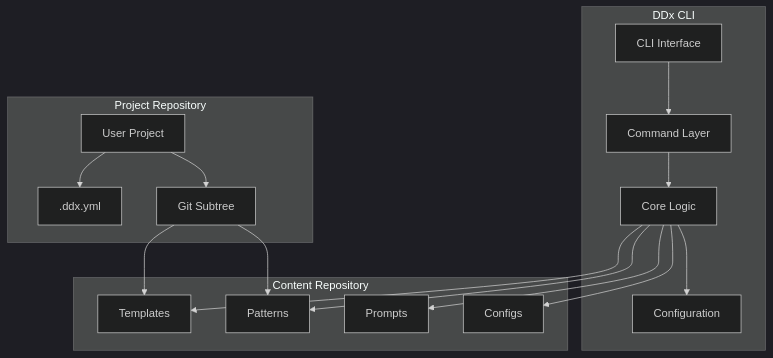
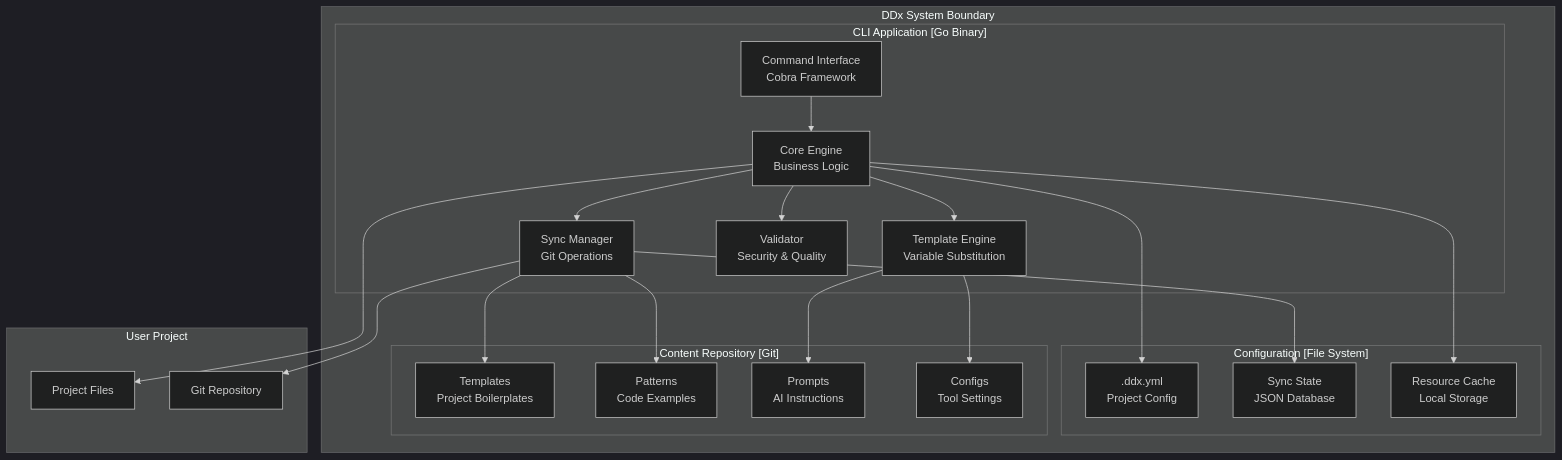
The second of 7 diagrams in docs/02-design/architecture.md (easel/ddx), drawn with Mermaid (dark theme) before and after one commit. The commit also changed other lines of this file and 6 other files, not shown here.

````diff
--- a/docs/02-design/architecture.md
+++ b/docs/02-design/architecture.md
@@ -17,36 +52,47 @@
 ```mermaid
 graph TB
-    subgraph "DDx CLI"
-        CLI[CLI Interface]
-        CMD[Command Layer]
-        CORE[Core Logic]
-        CONFIG[Configuration]
+    subgraph "DDx System Boundary"
+        subgraph "CLI Application [Go Binary]"
+            CLI[Command Interface<br/>Cobra Framework]
+            CORE[Core Engine<br/>Business Logic]
+            SYNC[Sync Manager<br/>Git Operations]
+            TPL[Template Engine<br/>Variable Substitution]
+            VAL[Validator<br/>Security & Quality]
+        end
+
+        subgraph "Configuration [File System]"
+            CONF[.ddx.yml<br/>Project Config]
+            STATE[Sync State<br/>JSON Database]
+            CACHE[Resource Cache<br/>Local Storage]
+        end
+
+        subgraph "Content Repository [Git]"
+            TMPL[Templates<br/>Project Boilerplates]
+            PTRN[Patterns<br/>Code Examples]
+            PRMT[Prompts<br/>AI Instructions]
+            CFG[Configs<br/>Tool Settings]
+        end
     end
-    
-    subgraph "Content Repository"
-        TEMPLATES[Templates]
-        PATTERNS[Patterns]
-        PROMPTS[Prompts]
-        CONFIGS[Configs]
+
+    subgraph "User Project"
+        PROJ[Project Files]
+        GIT[Git Repository]
     end
-    
-    subgraph "Project Repository"
-        PROJECT[User Project]
-        DDXCONFIG[.ddx.yml]
-        SUBTREE[Git Subtree]
-    end
-    
-    CLI --> CMD
-    CMD --> CORE
-    CORE --> CONFIG
-    
-    CORE --> TEMPLATES
-    CORE --> PATTERNS
-    CORE --> PROMPTS
-    CORE --> CONFIGS
-    
-    PROJECT --> DDXCONFIG
-    PROJECT --> SUBTREE
-    SUBTREE --> TEMPLATES
-    SUBTREE --> PATTERNS
+
+    CLI --> CORE
+    CORE --> SYNC
+    CORE --> TPL
+    CORE --> VAL
+
+    CORE --> CONF
+    SYNC --> STATE
+    CORE --> CACHE
+
+    SYNC --> TMPL
+    SYNC --> PTRN
+    TPL --> PRMT
+    TPL --> CFG
+
+    CORE --> PROJ
+    SYNC --> GIT
 ```
````
